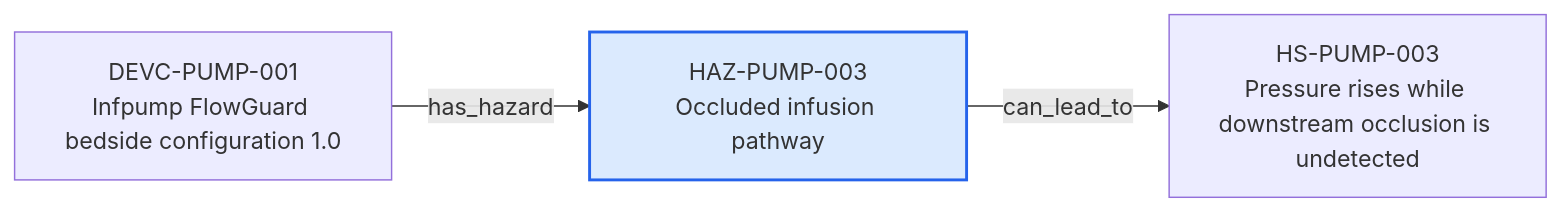
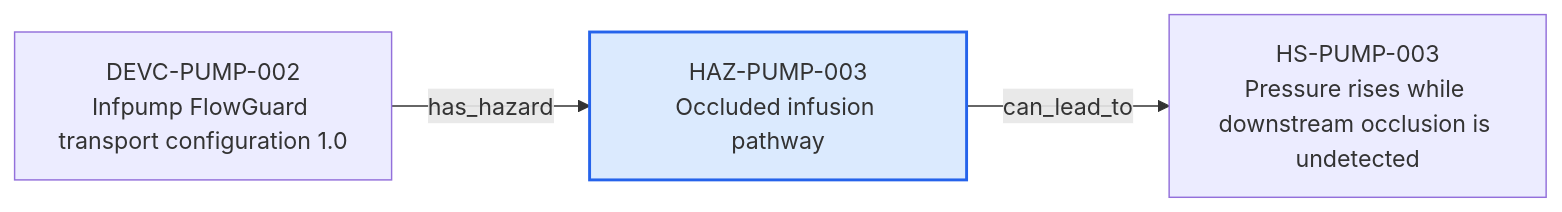
The diagram in content/06-Infpump FlowGuard ontology notes/hazard/HAZ-PUMP-003-occluded-infusion-pathway.md (mvattulainen/mdrontology), drawn with Mermaid before and after one commit. The commit also changed other lines of this file and 321 other files, not shown here.

Commit message:
Implement Mermaid ontology audit findings

````diff
--- a/content/06-Infpump FlowGuard ontology notes/hazard/HAZ-PUMP-003-occluded-infusion-pathway.md
+++ b/content/06-Infpump FlowGuard ontology notes/hazard/HAZ-PUMP-003-occluded-infusion-pathway.md
@@ -71,10 +73,10 @@
 ```mermaid
 flowchart LR
   CURRENT["HAZ-PUMP-003<br/>Occluded infusion pathway"]
-  PREV0["DEVC-PUMP-001<br/>Infpump FlowGuard bedside configuration 1.0"]
+  PREV0["DEVC-PUMP-002<br/>Infpump FlowGuard transport configuration 1.0"]
   PREV0 -->|"has_hazard"| CURRENT
   NEXT0["HS-PUMP-003<br/>Pressure rises while downstream occlusion is undetected"]
   CURRENT -->|"can_lead_to"| NEXT0
   classDef current fill:#dbeafe,stroke:#2563eb,stroke-width:2px
   class CURRENT current
 ```
````
